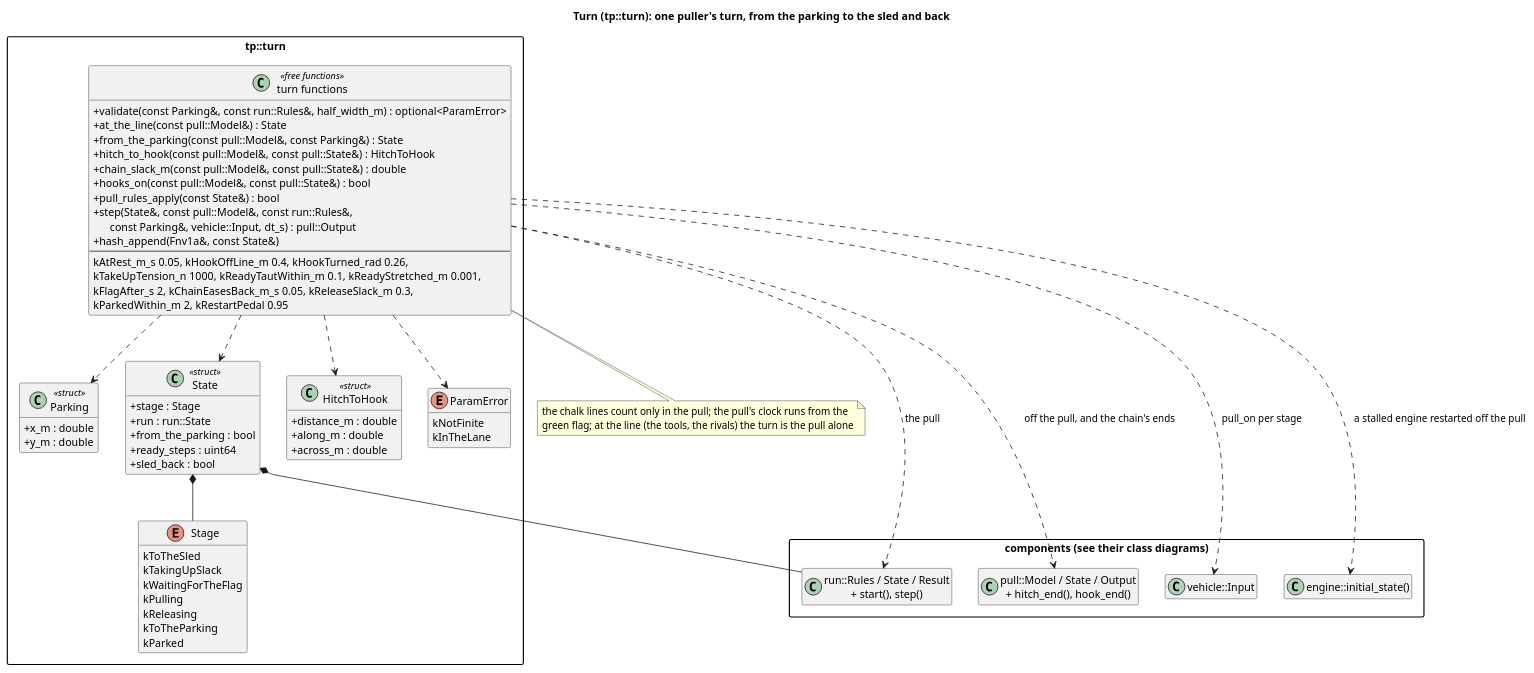
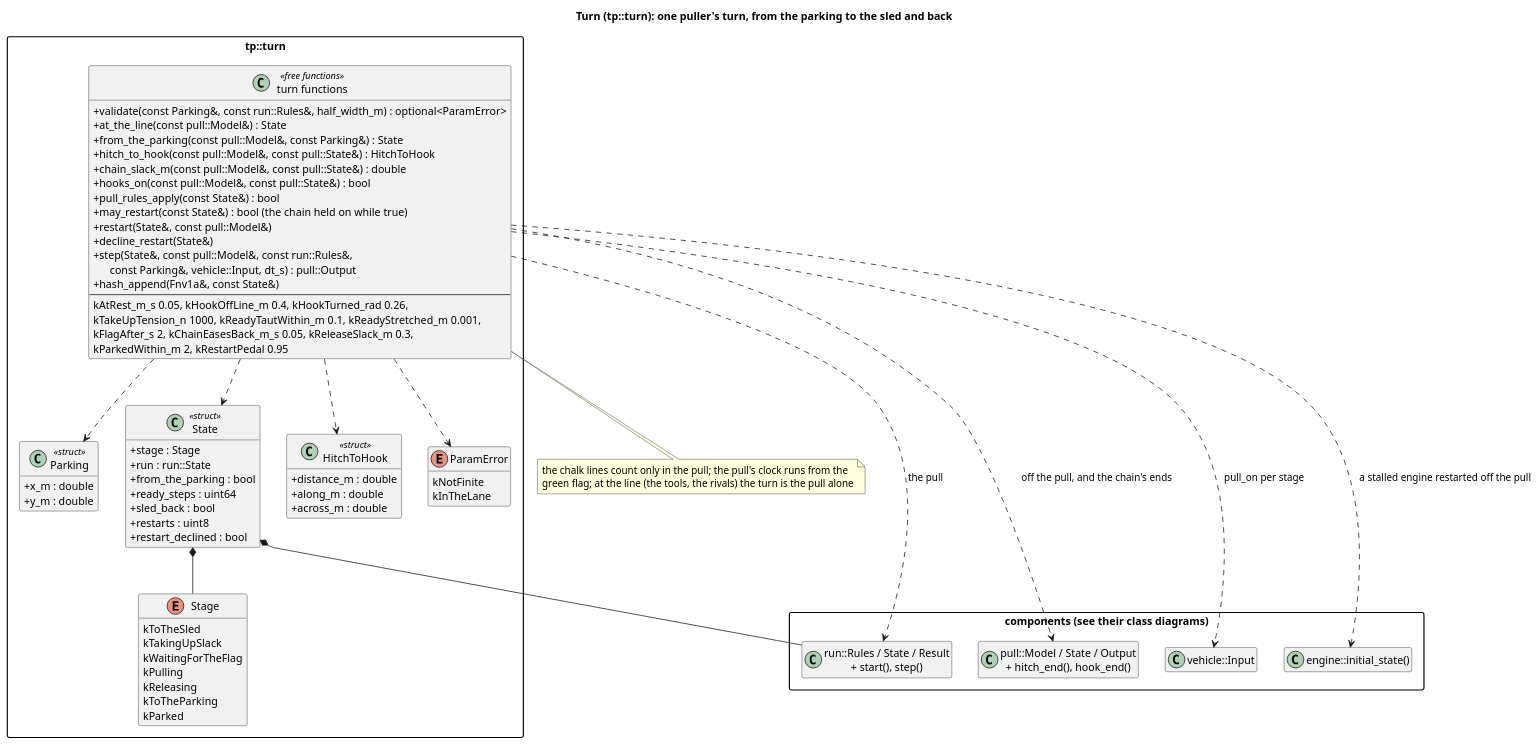
The diagram in docs/diagrams/turn_classes.puml (wversteeg/TractorPulling), drawn with PlantUML before and after one commit. The commit also changed 13 other files, not shown here.

First line of the commit message:
Keep the chain on while a short pull may still be restarted

```diff
--- a/docs/diagrams/turn_classes.puml
+++ b/docs/diagrams/turn_classes.puml
@@ -1,75 +1,80 @@
 @startuml turn_classes
 title Turn (tp::turn): one puller's turn, from the parking to the sled and back
 hide empty members
 skinparam packageStyle rectangle
 skinparam classAttributeIconSize 0
 
 package "components (see their class diagrams)" {
   class "run::Rules / State / Result\n+ start(), step()" as Run
   class "pull::Model / State / Output\n+ hitch_end(), hook_end()" as Pull
   class "vehicle::Input" as Input
   class "engine::initial_state()" as Engine
 }
 
 package "tp::turn" {
   enum Stage {
     kToTheSled
     kTakingUpSlack
     kWaitingForTheFlag
     kPulling
     kReleasing
     kToTheParking
     kParked
   }
   class Parking <<struct>> {
     +x_m : double
     +y_m : double
   }
   class State <<struct>> {
     +stage : Stage
     +run : run::State
     +from_the_parking : bool
     +ready_steps : uint64
     +sled_back : bool
+    +restarts : uint8
+    +restart_declined : bool
   }
   class HitchToHook <<struct>> {
     +distance_m : double
     +along_m : double
     +across_m : double
   }
   enum ParamError {
     kNotFinite
     kInTheLane
   }
   class "turn functions" as TurnFns <<free functions>> {
     +validate(const Parking&, const run::Rules&, half_width_m) : optional<ParamError>
     +at_the_line(const pull::Model&) : State
     +from_the_parking(const pull::Model&, const Parking&) : State
     +hitch_to_hook(const pull::Model&, const pull::State&) : HitchToHook
     +chain_slack_m(const pull::Model&, const pull::State&) : double
     +hooks_on(const pull::Model&, const pull::State&) : bool
     +pull_rules_apply(const State&) : bool
+    +may_restart(const State&) : bool (the chain held on while true)
+    +restart(State&, const pull::Model&)
+    +decline_restart(State&)
     +step(State&, const pull::Model&, const run::Rules&,\n      const Parking&, vehicle::Input, dt_s) : pull::Output
     +hash_append(Fnv1a&, const State&)
     --
     kAtRest_m_s 0.05, kHookOffLine_m 0.4, kHookTurned_rad 0.26,
     kTakeUpTension_n 1000, kReadyTautWithin_m 0.1, kReadyStretched_m 0.001,
     kFlagAfter_s 2, kChainEasesBack_m_s 0.05, kReleaseSlack_m 0.3,
     kParkedWithin_m 2, kRestartPedal 0.95
   }
   State *-- Stage
   TurnFns ..> State
   TurnFns ..> Parking
   TurnFns ..> HitchToHook
   TurnFns ..> ParamError
 }
 State *-- Run
 TurnFns ..> Run : the pull
 TurnFns ..> Pull : off the pull, and the chain's ends
 TurnFns ..> Input : pull_on per stage
 TurnFns ..> Engine : a stalled engine restarted off the pull
 note bottom of TurnFns
   the chalk lines count only in the pull; the pull's clock runs from the
   green flag; at the line (the tools, the rivals) the turn is the pull alone
 end note
 @enduml
```
